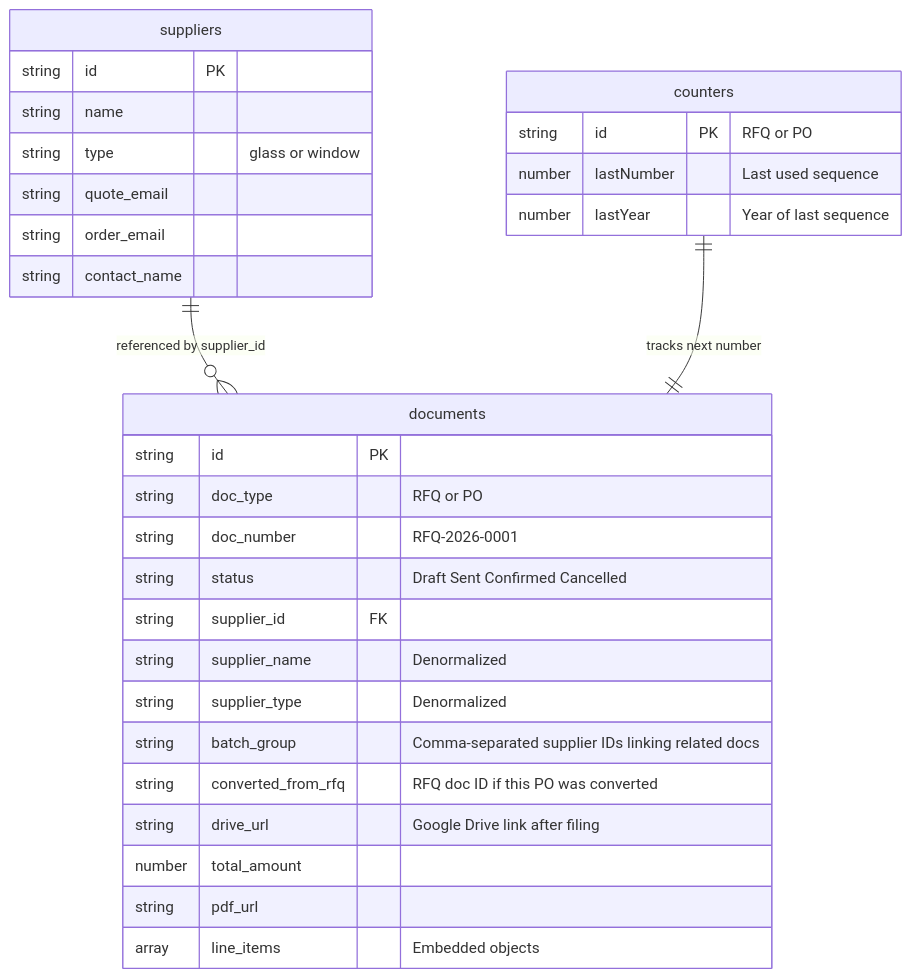
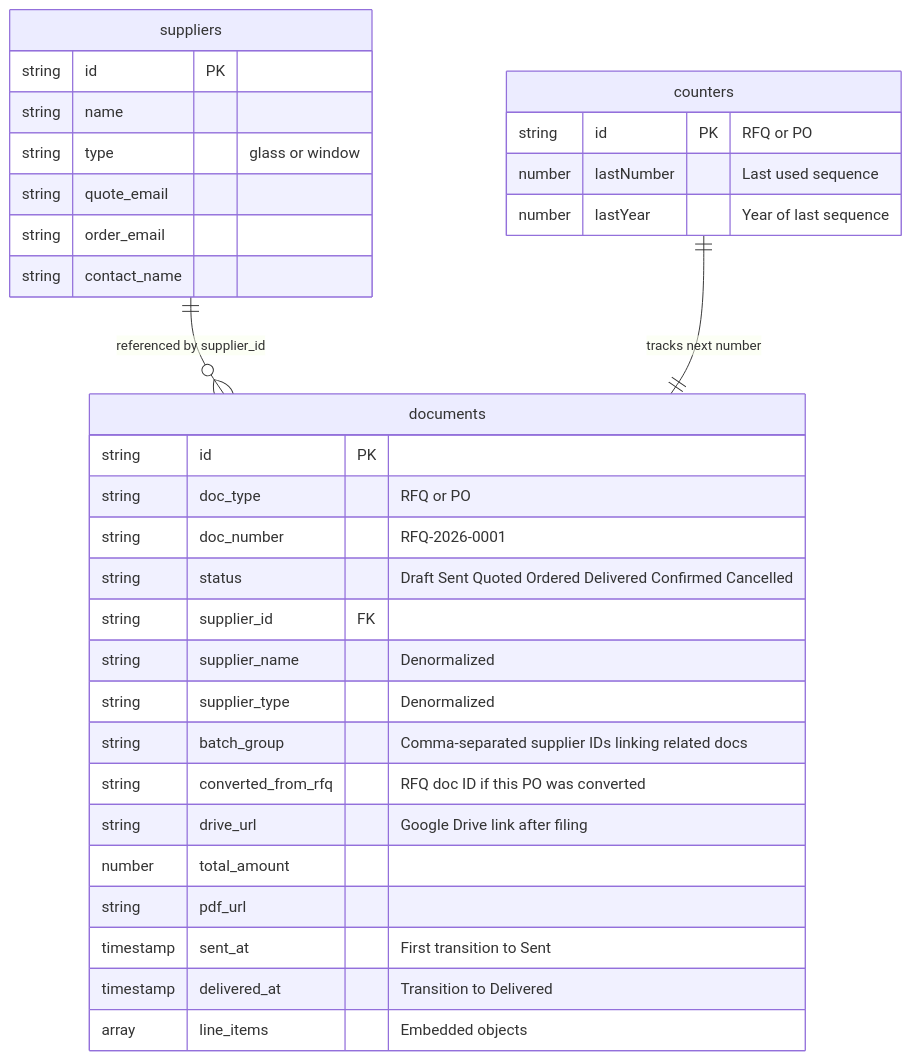
The second of 7 diagrams in ww_portal_enterprise_docs.md (Skippy-code-604/westernwindows-ca), drawn with Mermaid before and after one commit. The commit also changed other lines of this file, not shown here.

````diff
--- a/ww_portal_enterprise_docs.md
+++ b/ww_portal_enterprise_docs.md
@@ -261,36 +277,38 @@
 ```mermaid
 erDiagram
     suppliers ||--o{ documents : "referenced by supplier_id"
     counters ||--|| documents : "tracks next number"
 
     suppliers {
         string id PK
         string name
         string type "glass or window"
         string quote_email
         string order_email
         string contact_name
     }
 
     documents {
         string id PK
         string doc_type "RFQ or PO"
         string doc_number "RFQ-2026-0001"
-        string status "Draft Sent Confirmed Cancelled"
+        string status "Draft Sent Quoted Ordered Delivered Confirmed Cancelled"
         string supplier_id FK
         string supplier_name "Denormalized"
         string supplier_type "Denormalized"
         string batch_group "Comma-separated supplier IDs linking related docs"
         string converted_from_rfq "RFQ doc ID if this PO was converted"
         string drive_url "Google Drive link after filing"
         number total_amount
         string pdf_url
+        timestamp sent_at "First transition to Sent"
+        timestamp delivered_at "Transition to Delivered"
         array line_items "Embedded objects"
     }
 
     counters {
         string id PK "RFQ or PO"
         number lastNumber "Last used sequence"
         number lastYear "Year of last sequence"
     }
 ```
````
